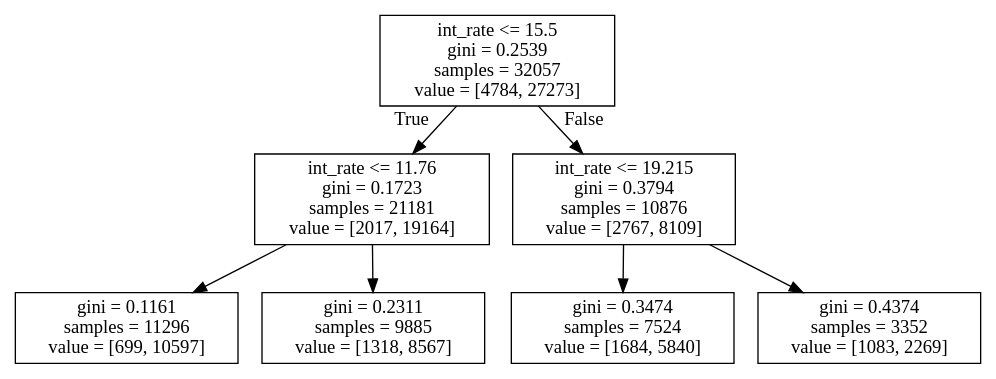
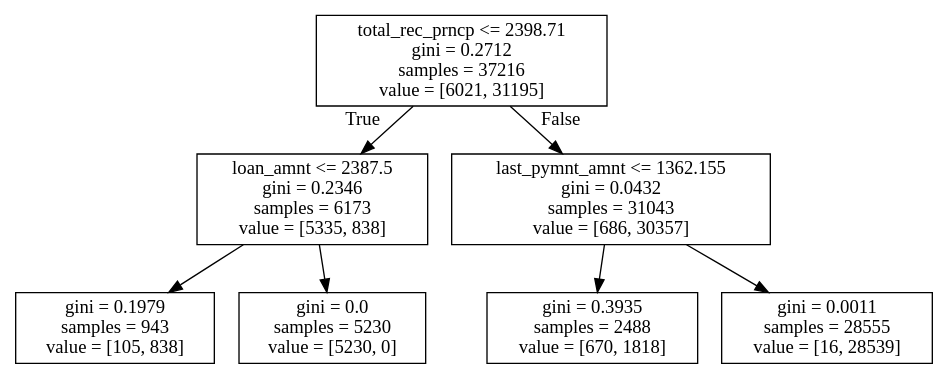
The diagram in tree1.dot (dominictabeta/DAT4Project), drawn with Graphviz before and after one commit. The commit also changed 2 other files, not shown here.

```diff
--- a/tree1.dot
+++ b/tree1.dot
@@ -1,16 +1,16 @@
 digraph Tree {
 node [shape=box] ;
-0 [label="int_rate <= 15.5\ngini = 0.2539\nsamples = 32057\nvalue = [4784, 27273]"] ;
-1 [label="int_rate <= 11.76\ngini = 0.1723\nsamples = 21181\nvalue = [2017, 19164]"] ;
+0 [label="total_rec_prncp <= 2398.71\ngini = 0.2712\nsamples = 37216\nvalue = [6021, 31195]"] ;
+1 [label="loan_amnt <= 2387.5\ngini = 0.2346\nsamples = 6173\nvalue = [5335, 838]"] ;
 0 -> 1 [labeldistance=2.5, labelangle=45, headlabel="True"] ;
-2 [label="gini = 0.1161\nsamples = 11296\nvalue = [699, 10597]"] ;
+2 [label="gini = 0.1979\nsamples = 943\nvalue = [105, 838]"] ;
 1 -> 2 ;
-3 [label="gini = 0.2311\nsamples = 9885\nvalue = [1318, 8567]"] ;
+3 [label="gini = 0.0\nsamples = 5230\nvalue = [5230, 0]"] ;
 1 -> 3 ;
-4 [label="int_rate <= 19.215\ngini = 0.3794\nsamples = 10876\nvalue = [2767, 8109]"] ;
+4 [label="last_pymnt_amnt <= 1362.155\ngini = 0.0432\nsamples = 31043\nvalue = [686, 30357]"] ;
 0 -> 4 [labeldistance=2.5, labelangle=-45, headlabel="False"] ;
-5 [label="gini = 0.3474\nsamples = 7524\nvalue = [1684, 5840]"] ;
+5 [label="gini = 0.3935\nsamples = 2488\nvalue = [670, 1818]"] ;
 4 -> 5 ;
-6 [label="gini = 0.4374\nsamples = 3352\nvalue = [1083, 2269]"] ;
+6 [label="gini = 0.0011\nsamples = 28555\nvalue = [16, 28539]"] ;
 4 -> 6 ;
 }
```
